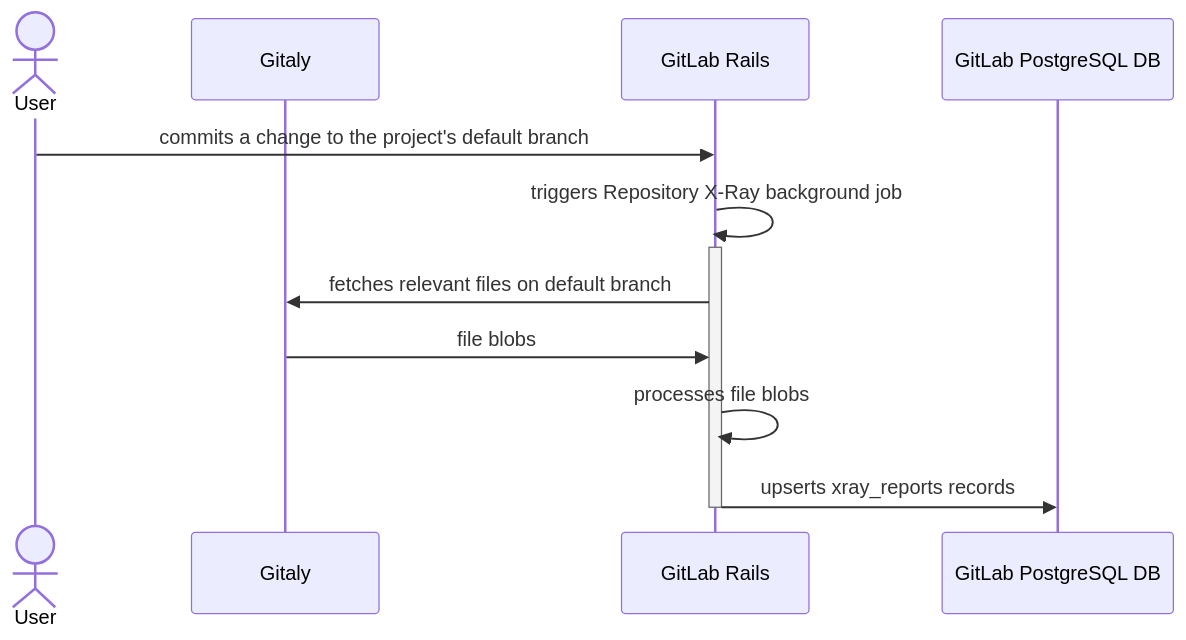
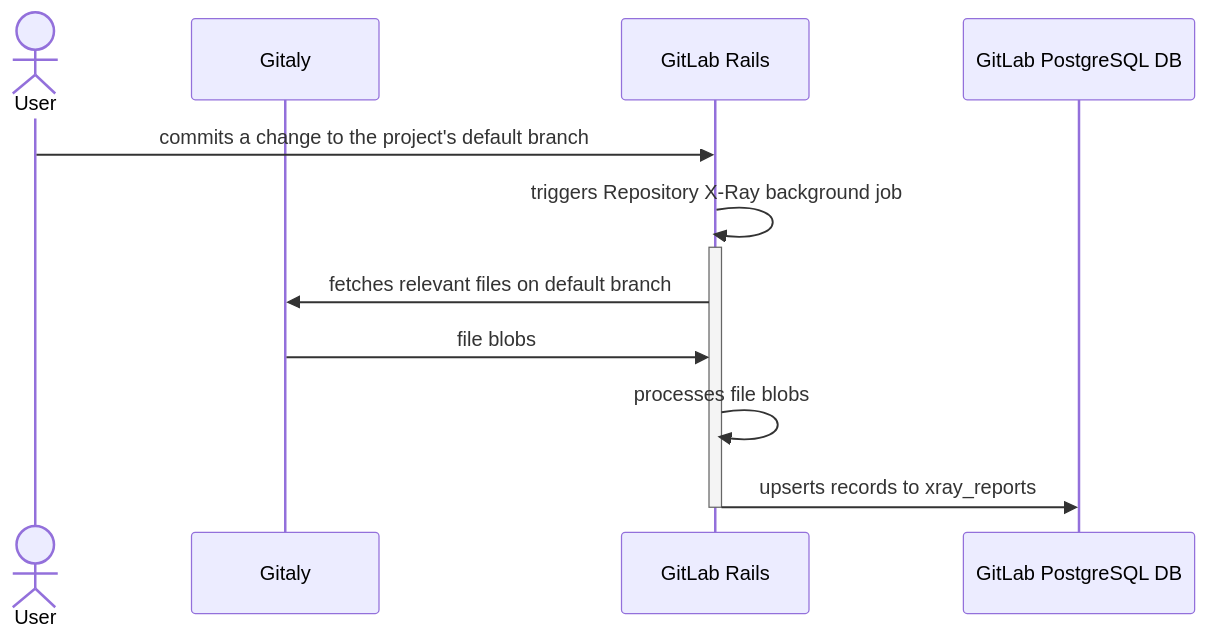
The fourth of 5 diagrams in content/handbook/engineering/development/dev/create/code-creation/engineering_overview.md (moliver28/research-handbook), drawn with Mermaid before and after one commit. The commit also changed other lines of this file, not shown here.

````diff
--- a/content/handbook/engineering/development/dev/create/code-creation/engineering_overview.md
+++ b/content/handbook/engineering/development/dev/create/code-creation/engineering_overview.md
@@ -138,14 +138,14 @@
 ```mermaid
 sequenceDiagram
    actor USR as User
    participant GIT as Gitaly
    participant GLR as GitLab Rails
    participant PG as GitLab PostgreSQL DB
 
    USR->>GLR: commits a change to the project's default branch
    GLR->>+GLR: triggers Repository X-Ray background job
    GLR->>GIT: fetches relevant files on default branch
    GIT->>GLR: file blobs
    GLR->>GLR: processes file blobs
-   GLR->>-PG: upserts xray_reports records
+   GLR->>-PG: upserts records to xray_reports
 ```
````
